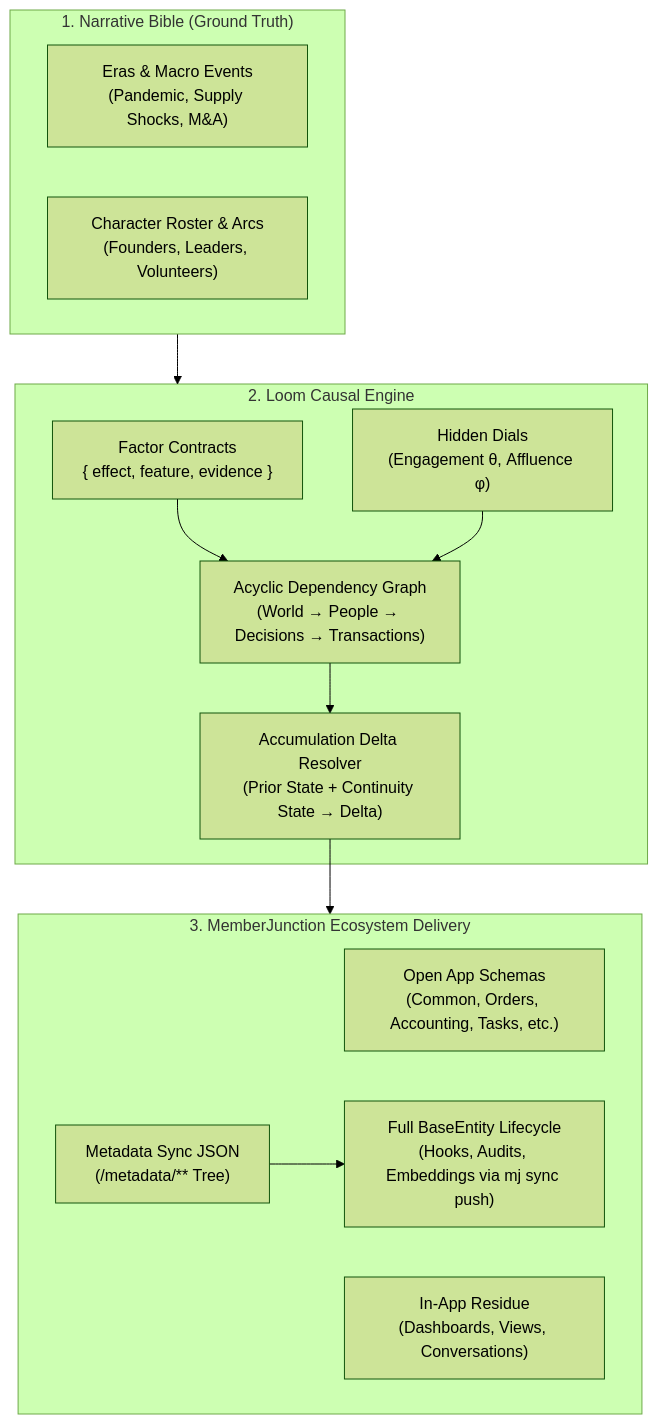
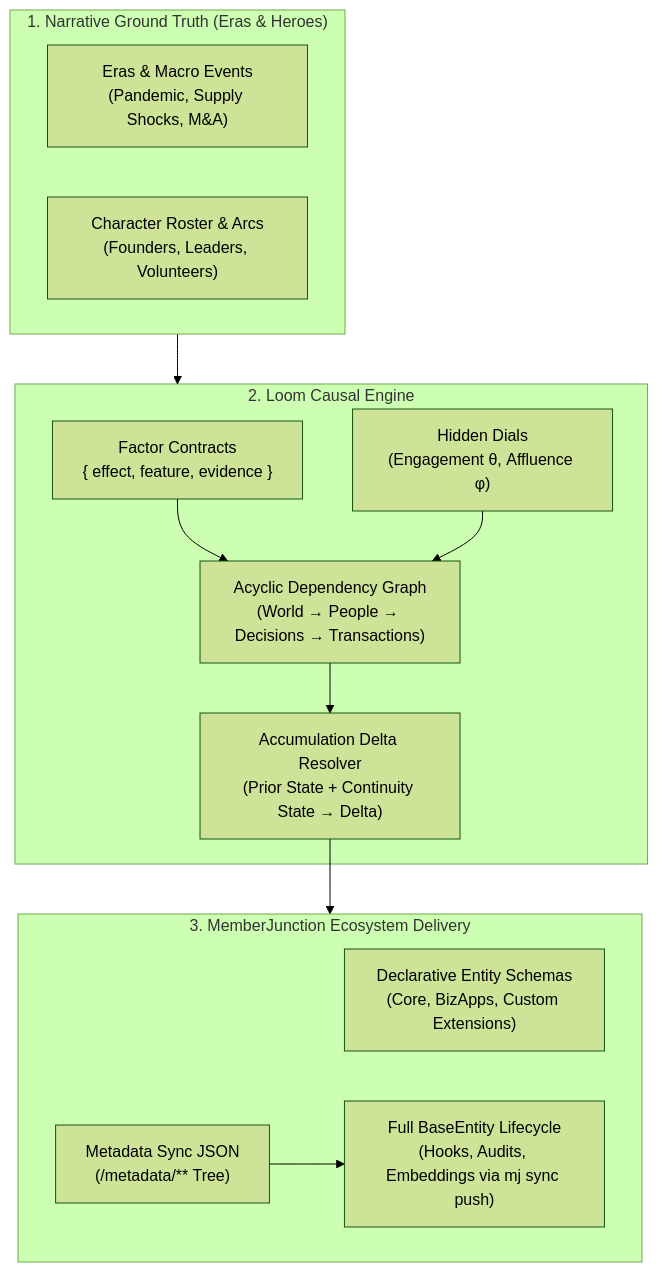
Before and after one commit to MemberJunction/loom: the diagram in README.md, drawn with Mermaid (forest theme). The commit also changed other lines of this file and 13 other files, not shown here.

Commit message:
feat(engine): schema-agnostic simulation, output directory, @lookup resolution, and relational validation gates (L1-L4)

````diff
--- a/README.md
+++ b/README.md
@@ -34,28 +34,27 @@
 ```mermaid
 flowchart TD
-    subgraph Narrative ["1. Narrative Bible (Ground Truth)"]
+    subgraph Narrative ["1. Narrative Ground Truth (Eras & Heroes)"]
         NB["Eras & Macro Events<br/>(Pandemic, Supply Shocks, M&A)"]
         CH["Character Roster & Arcs<br/>(Founders, Leaders, Volunteers)"]
     end
 
     subgraph LoomEngine ["2. Loom Causal Engine"]
         FG["Factor Contracts<br/>{ effect, feature, evidence }"]
         HD["Hidden Dials<br/>(Engagement θ, Affluence φ)"]
         DAG["Acyclic Dependency Graph<br/>(World → People → Decisions → Transactions)"]
         ACC["Accumulation Delta Resolver<br/>(Prior State + Continuity State → Delta)"]
     end
 
     subgraph OutputStack ["3. MemberJunction Ecosystem Delivery"]
-        OA["Open App Schemas<br/>(Common, Orders, Accounting, Tasks, etc.)"]
+        OA["Declarative Entity Schemas<br/>(Core, BizApps, Custom Extensions)"]
         SYNC["Metadata Sync JSON<br/>(/metadata/** Tree)"]
         BE["Full BaseEntity Lifecycle<br/>(Hooks, Audits, Embeddings via mj sync push)"]
-        UI["In-App Residue<br/>(Dashboards, Views, Conversations)"]
     end
 
     Narrative --> LoomEngine
     FG --> DAG
     HD --> DAG
     DAG --> ACC
     ACC --> OutputStack
     SYNC --> BE
 ```
````
